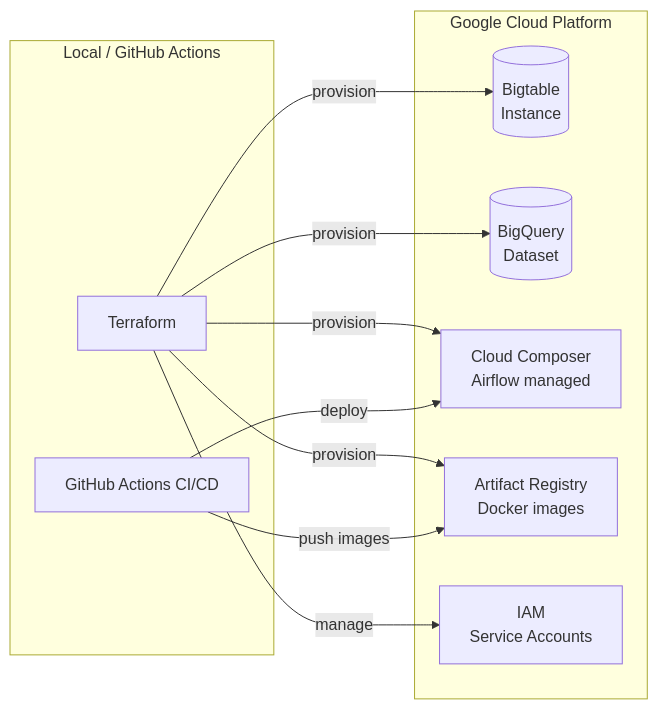
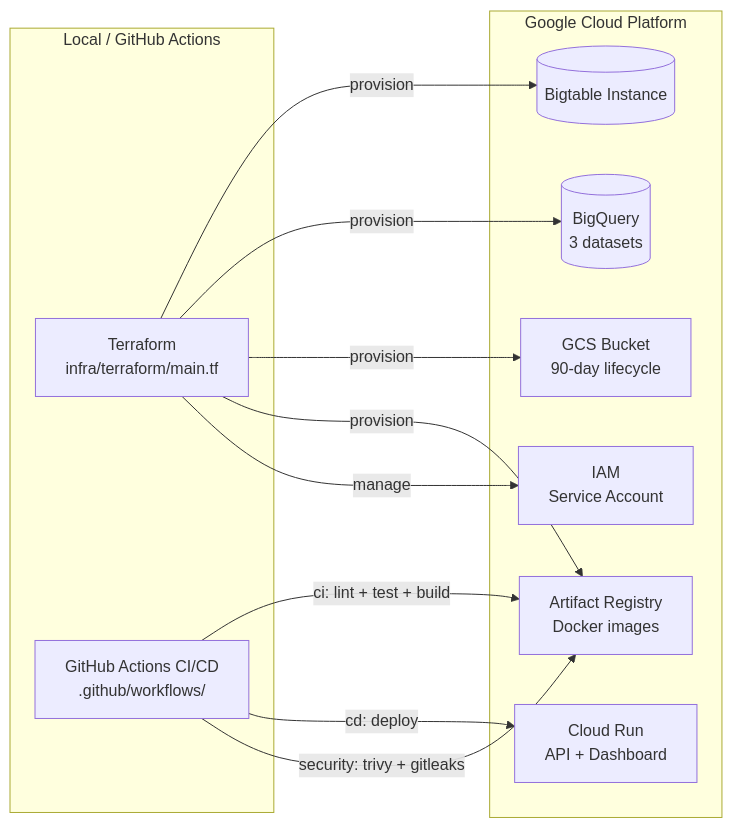
One commit to RADAHassan/Real-Time-E-commerce-Price-Intelligence-Platform changed the second of 2 diagrams in docs/architecture.md. Above: the diagram before and after it, drawn with Mermaid. The commit also changed other lines of this file, not shown here.

Commit message:
docs: rewrite architecture.md — fix broken Mermaid diagram, add React/FastAPI/ClickHouse

````diff
--- a/docs/architecture.md
+++ b/docs/architecture.md
@@ -130,23 +162,25 @@
 ```mermaid
 flowchart LR
     subgraph GCP["Google Cloud Platform"]
-        BT2[(Bigtable\nInstance)]
-        BQ[(BigQuery\nDataset)]
-        CC[Cloud Composer\nAirflow managed]
+        BT2[(Bigtable Instance)]
+        BQ[(BigQuery\n3 datasets)]
+        GCS[GCS Bucket\n90-day lifecycle]
         AR[Artifact Registry\nDocker images]
-        IAM[IAM\nService Accounts]
+        CR[Cloud Run\nAPI + Dashboard]
+        IAM[IAM\nService Account]
     end
 
     subgraph Local["Local / GitHub Actions"]
-        TF[Terraform]
-        GH[GitHub Actions CI/CD]
+        TF[Terraform\ninfra/terraform/main.tf]
+        GH[GitHub Actions CI/CD\n.github/workflows/]
     end
 
     TF -->|provision| BT2
     TF -->|provision| BQ
-    TF -->|provision| CC
+    TF -->|provision| GCS
     TF -->|provision| AR
     TF -->|manage| IAM
-    GH -->|push images| AR
-    GH -->|deploy| CC
+    GH -->|ci: lint + test + build| AR
+    GH -->|cd: deploy| CR
+    GH -->|security: trivy + gitleaks| AR
 ```
````
